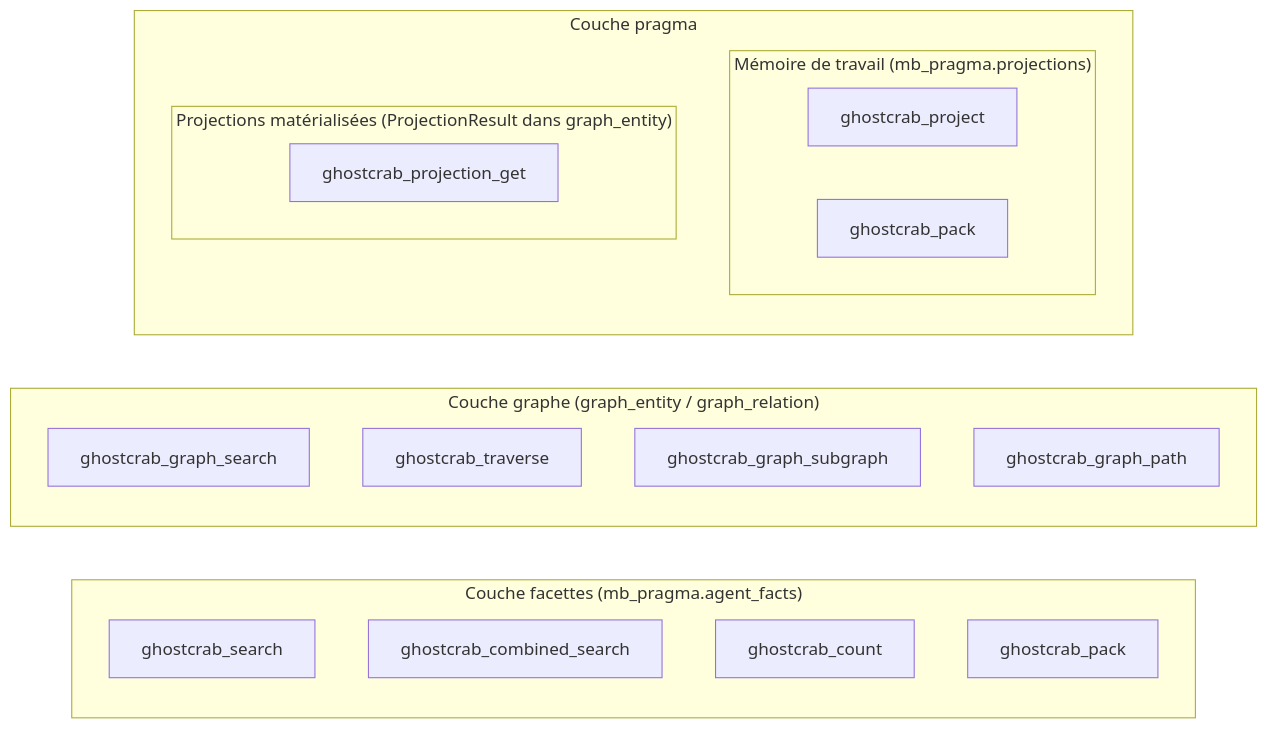
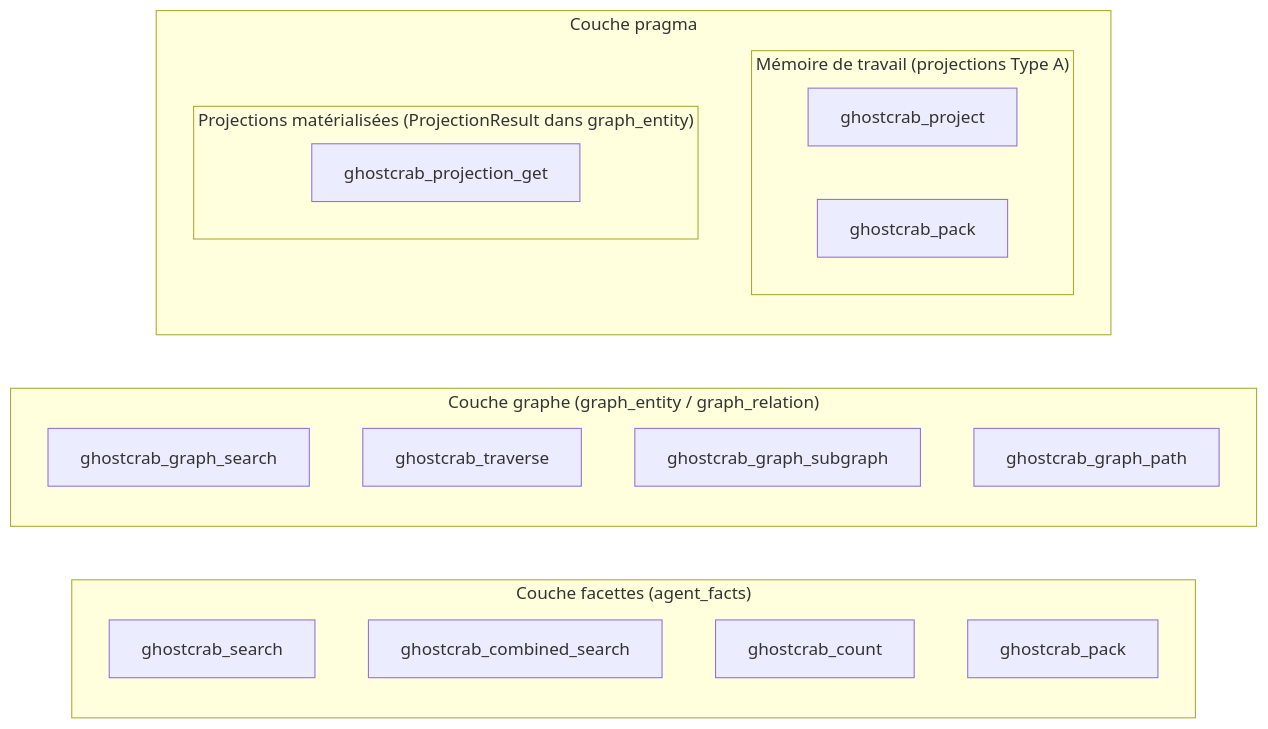
One commit to mindflight-orchestrator/ghostcrab-personal-mcp changed the diagram in docs/methodology/fr/ghostcrab-query-layers.md. Above: the diagram before and after it, drawn with Mermaid. The commit also changed other lines of this file and 36 other files, not shown here.

````diff
--- a/docs/methodology/fr/ghostcrab-query-layers.md
+++ b/docs/methodology/fr/ghostcrab-query-layers.md
@@ -9,27 +11,27 @@
 ```mermaid
 flowchart LR
-  subgraph facetsLayer ["Couche facettes (mb_pragma.agent_facts)"]
+  subgraph facetsLayer ["Couche facettes (agent_facts)"]
     S[ghostcrab_search]
     CS[ghostcrab_combined_search]
     C[ghostcrab_count]
     PK[ghostcrab_pack]
   end
   subgraph graphLayer ["Couche graphe (graph_entity / graph_relation)"]
     GS[ghostcrab_graph_search]
     T[ghostcrab_traverse]
     SG[ghostcrab_graph_subgraph]
     GP[ghostcrab_graph_path]
   end
   subgraph pragmaLayer ["Couche pragma"]
     PJ[ghostcrab_project]
     PK2[ghostcrab_pack]
     PG[ghostcrab_projection_get]
-    subgraph wm ["Mémoire de travail (mb_pragma.projections)"]
+    subgraph wm ["Mémoire de travail (projections Type A)"]
       PJ
       PK2
     end
     subgraph mat ["Projections matérialisées (ProjectionResult dans graph_entity)"]
       PG
     end
   end
 ```
````
